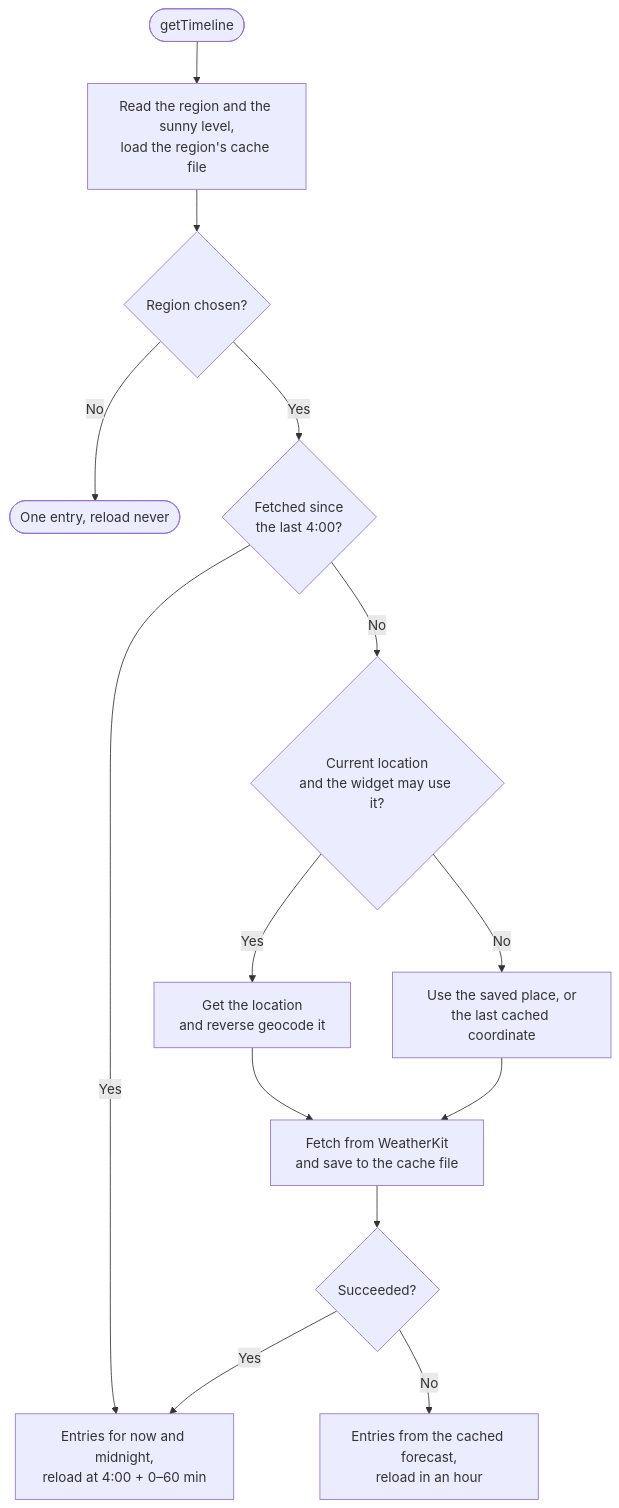
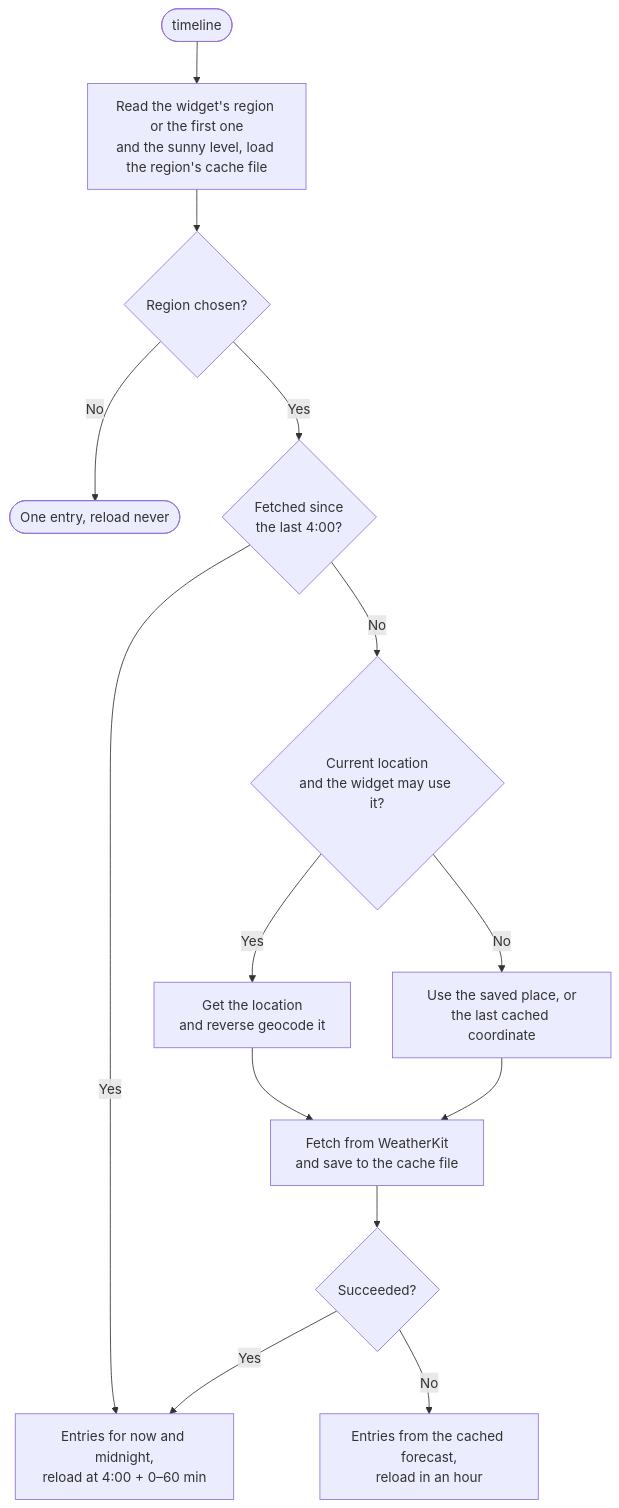
Before and after one commit to naipaka/NextSunnyDay-iOS: the second of 2 diagrams in docs/architecture/weather-fetch-flow.md, drawn with Mermaid. The commit also changed other lines of this file and 8 other files, not shown here.

````diff
--- a/docs/architecture/weather-fetch-flow.md
+++ b/docs/architecture/weather-fetch-flow.md
@@ -60,16 +68,16 @@
 ```mermaid
 flowchart TD
-    A([getTimeline]) --> B[Read the region and the sunny level,<br/>load the region's cache file]
+    A([timeline]) --> B[Read the widget's region or the first one<br/>and the sunny level, load the region's cache file]
     B --> R{Region chosen?}
     R -- No --> N([One entry, reload never])
     R -- Yes --> C{Fetched since<br/>the last 4:00?}
     C -- Yes --> E[Entries for now and midnight,<br/>reload at 4:00 + 0–60 min]
     C -- No --> L{Current location<br/>and the widget may use it?}
     L -- Yes --> LL[Get the location<br/>and reverse geocode it]
     L -- No --> LC[Use the saved place, or<br/>the last cached coordinate]
     LL --> D[Fetch from WeatherKit<br/>and save to the cache file]
     LC --> D
     D --> K{Succeeded?}
     K -- Yes --> E
     K -- No --> F[Entries from the cached forecast,<br/>reload in an hour]
 ```
````
